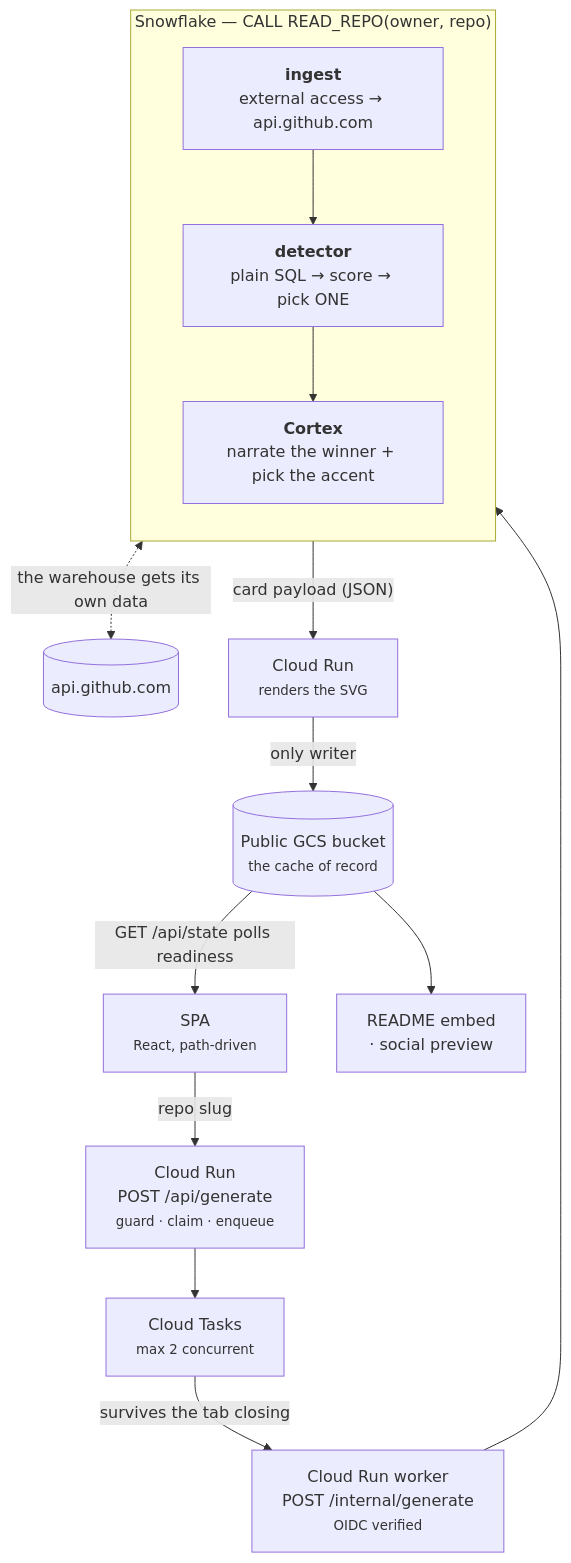
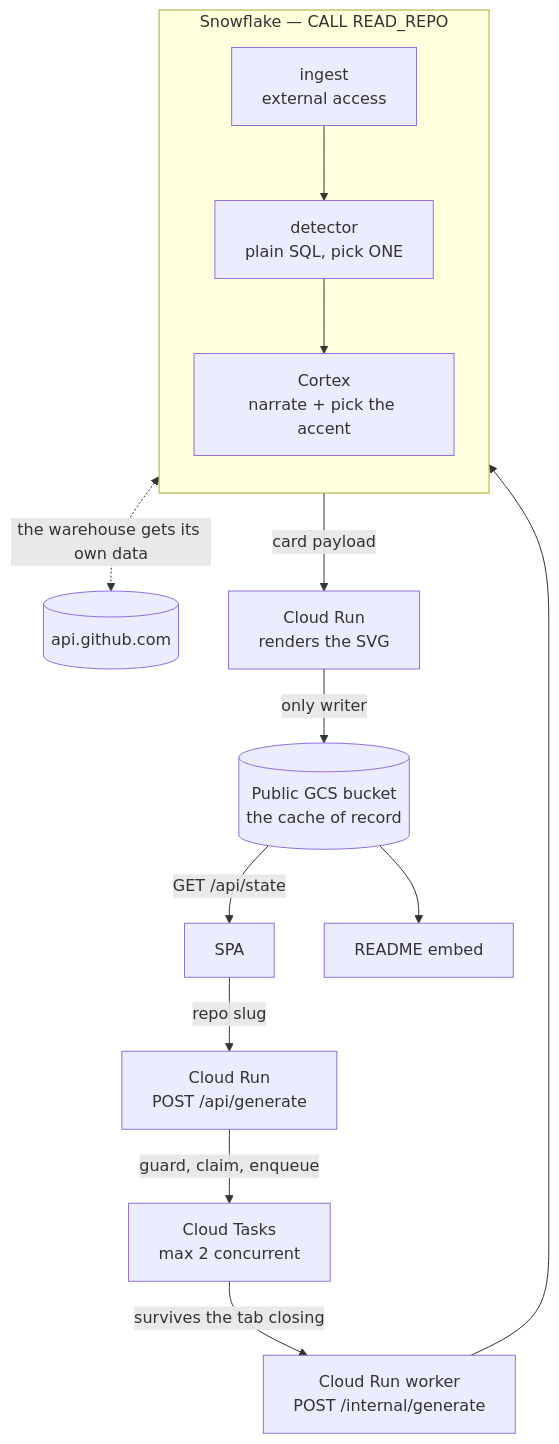
Before and after one commit to anchildress1/commit-chronicles: the first of 3 diagrams in README.md, drawn with Mermaid. The commit also changed other lines of this file and 2 other files, not shown here.

First line of the commit message:
fix(docs): strip HTML from Mermaid labels so GitHub renders them

````diff
--- a/README.md
+++ b/README.md
@@ -88,33 +88,33 @@
 ```mermaid
 flowchart TD
     accTitle: Commit Chronicles architecture
     accDescr: The SPA posts to Cloud Run, which enqueues a Cloud Tasks job. The worker calls one Snowflake procedure that ingests from GitHub, detects a storyline in SQL, and narrates it with Cortex. Cloud Run renders the SVG into a public GCS bucket, which serves the card directly.
 
-    SPA["SPA<br/><small>React, path-driven</small>"]
-    API["Cloud Run<br/>POST /api/generate<br/><small>guard · claim · enqueue</small>"]
-    Q["Cloud Tasks<br/><small>max 2 concurrent</small>"]
-    W["Cloud Run worker<br/>POST /internal/generate<br/><small>OIDC verified</small>"]
+    SPA["SPA"]
+    API["Cloud Run<br/>POST /api/generate"]
+    Q["Cloud Tasks<br/>max 2 concurrent"]
+    W["Cloud Run worker<br/>POST /internal/generate"]
 
-    subgraph SF["Snowflake — CALL READ_REPO(owner, repo)"]
+    subgraph SF["Snowflake — CALL READ_REPO"]
         direction TB
-        ING["<b>ingest</b><br/>external access → api.github.com"]
-        DET["<b>detector</b><br/>plain SQL → score → pick ONE"]
-        CTX["<b>Cortex</b><br/>narrate the winner + pick the accent"]
+        ING["ingest<br/>external access"]
+        DET["detector<br/>plain SQL, pick ONE"]
+        CTX["Cortex<br/>narrate + pick the accent"]
         ING --> DET --> CTX
     end
 
     GH[("api.github.com")]
-    REN["Cloud Run<br/><small>renders the SVG</small>"]
-    GCS[("Public GCS bucket<br/><small>the cache of record</small>")]
-    README["README embed<br/>· social preview"]
+    REN["Cloud Run<br/>renders the SVG"]
+    GCS[("Public GCS bucket<br/>the cache of record")]
+    OUT["README embed"]
 
     SPA -->|"repo slug"| API
-    API --> Q
+    API -->|"guard, claim, enqueue"| Q
     Q -->|"survives the tab closing"| W
     W --> SF
     ING <-.->|"the warehouse gets its own data"| GH
-    SF -->|"card payload (JSON)"| REN
+    SF -->|"card payload"| REN
     REN -->|"only writer"| GCS
-    GCS --> README
-    GCS -->|"GET /api/state polls readiness"| SPA
+    GCS --> OUT
+    GCS -->|"GET /api/state"| SPA
 ```
````
